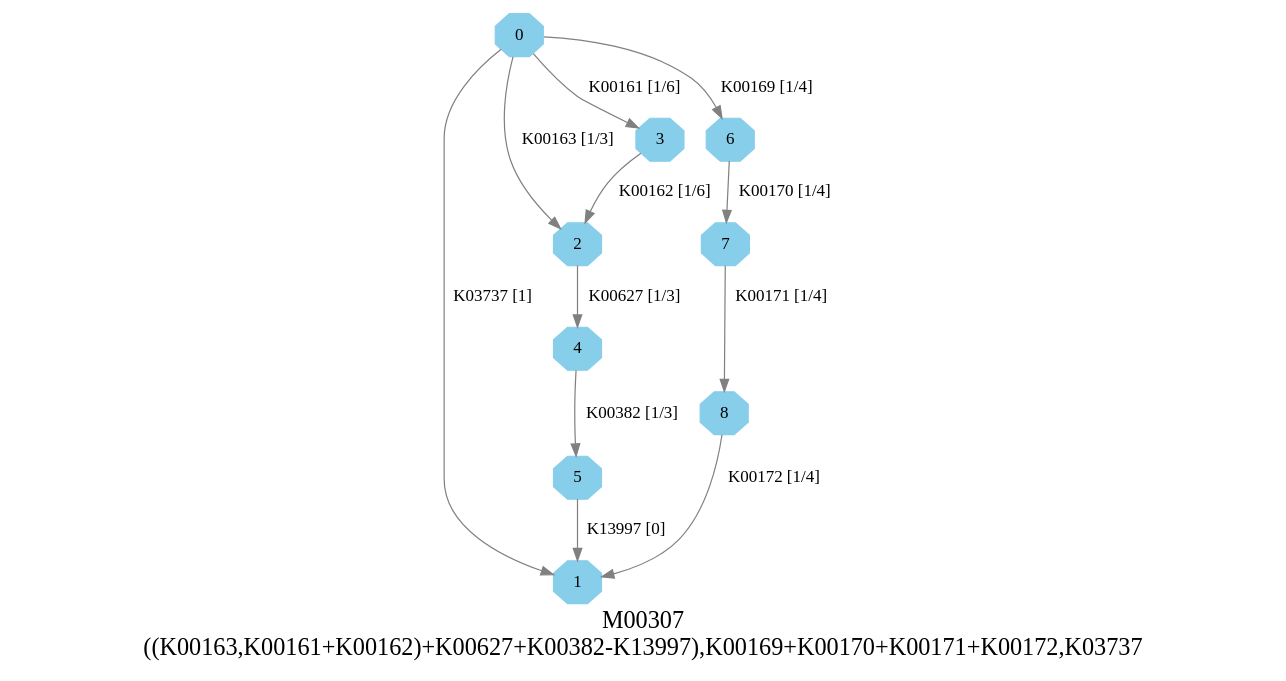
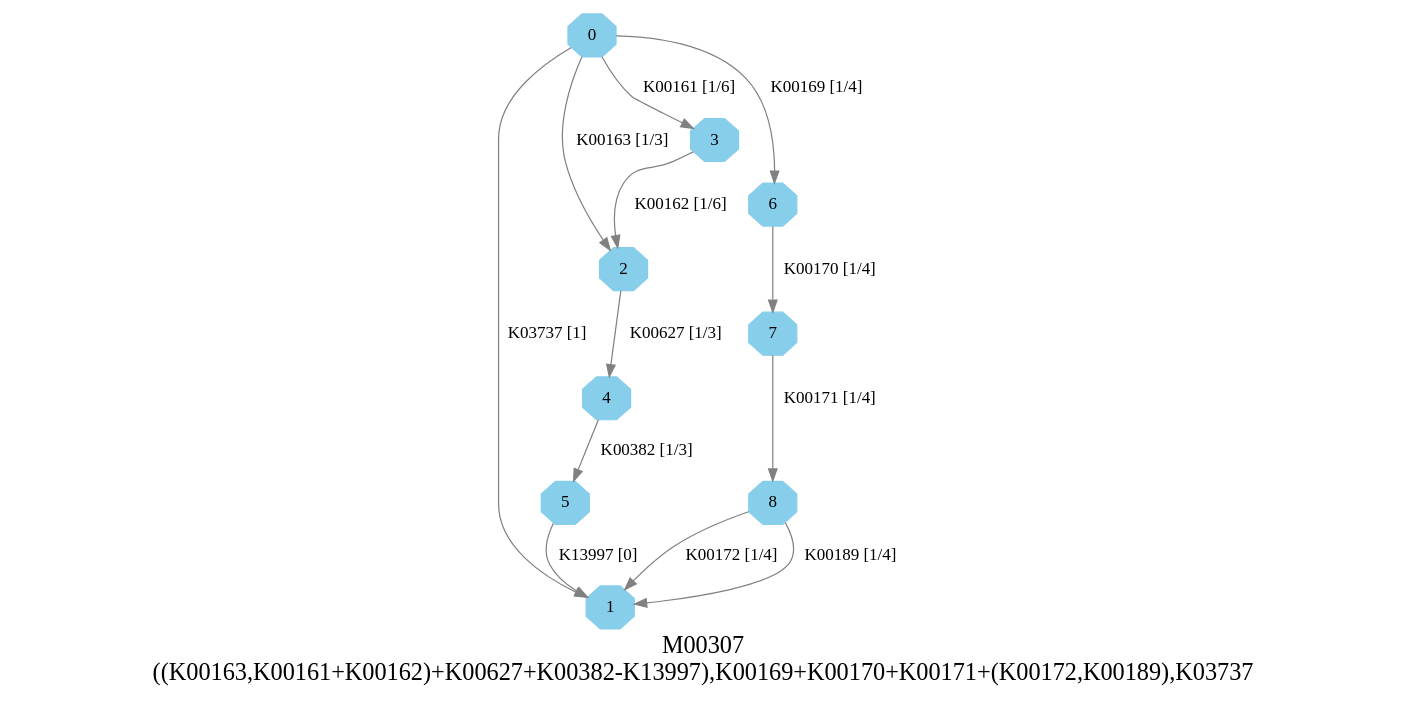
Before and after one commit to EBI-Metagenomics/kegg-pathways-completeness-tool: the diagram in graphs/dots/M00307.dot, drawn with Graphviz. The commit also changed 124 other files, not shown here.

```diff
--- a/graphs/dots/M00307.dot
+++ b/graphs/dots/M00307.dot
@@ -1,18 +1,19 @@
 digraph G {
 graph [label="M00307
-((K00163,K00161+K00162)+K00627+K00382-K13997),K00169+K00170+K00171+K00172,K03737",fontsize=20];
+((K00163,K00161+K00162)+K00627+K00382-K13997),K00169+K00170+K00171+(K00172,K00189),K03737",fontsize=20];
 node [shape=box,style=filled];
 edge [len=3,color=grey];
 {node [width=.3,height=.3,shape=octagon,style=filled,color=skyblue] 0 1 2 3 4 5 6 7 8 }
 0 -> 2 [label="K00163 [1/3]"];
 0 -> 3 [label="K00161 [1/6]"];
 0 -> 6 [label="K00169 [1/4]"];
 0 -> 1 [label="K03737 [1]"];
 2 -> 4 [label="K00627 [1/3]"];
 3 -> 2 [label="K00162 [1/6]"];
 4 -> 5 [label="K00382 [1/3]"];
 5 -> 1 [label="K13997 [0]"];
 6 -> 7 [label="K00170 [1/4]"];
 7 -> 8 [label="K00171 [1/4]"];
 8 -> 1 [label="K00172 [1/4]"];
+8 -> 1 [label="K00189 [1/4]"];
 }
```
